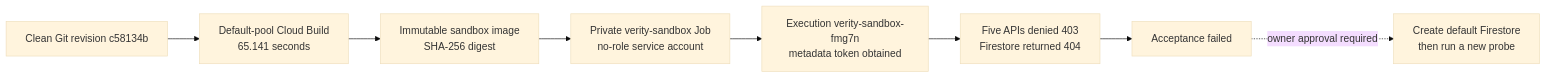
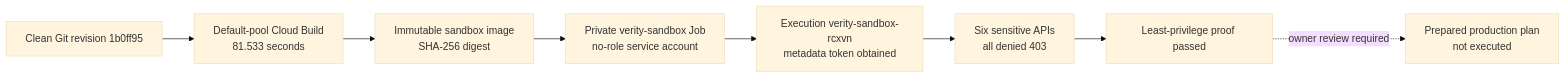
The diagram in docs/GOOGLE-CLOUD-CONSOLE-INSPECTION.md (ZiyadAzzaz/verity), drawn with Mermaid (base theme) before and after one commit. The commit also changed other lines of this file and 8 other files, not shown here.

Commit message:
docs: preserve passing sandbox identity proof

````diff
--- a/docs/GOOGLE-CLOUD-CONSOLE-INSPECTION.md
+++ b/docs/GOOGLE-CLOUD-CONSOLE-INSPECTION.md
@@ -36,10 +36,10 @@
 ```mermaid
 flowchart LR
-    S[Clean Git revision c58134b] --> B[Default-pool Cloud Build<br/>65.141 seconds]
+    S[Clean Git revision 1b0ff95] --> B[Default-pool Cloud Build<br/>81.533 seconds]
     B --> I[Immutable sandbox image<br/>SHA-256 digest]
     I --> J[Private verity-sandbox Job<br/>no-role service account]
-    J --> P[Execution verity-sandbox-fmg7n<br/>metadata token obtained]
-    P --> D[Five APIs denied 403<br/>Firestore returned 404]
-    D --> F[Acceptance failed]
-    F -. owner approval required .-> N[Create default Firestore<br/>then run a new probe]
+    J --> P[Execution verity-sandbox-rcxvn<br/>metadata token obtained]
+    P --> D[Six sensitive APIs<br/>all denied 403]
+    D --> F[Least-privilege proof passed]
+    F -. owner review required .-> N[Prepared production plan<br/>not executed]
 ```
````
